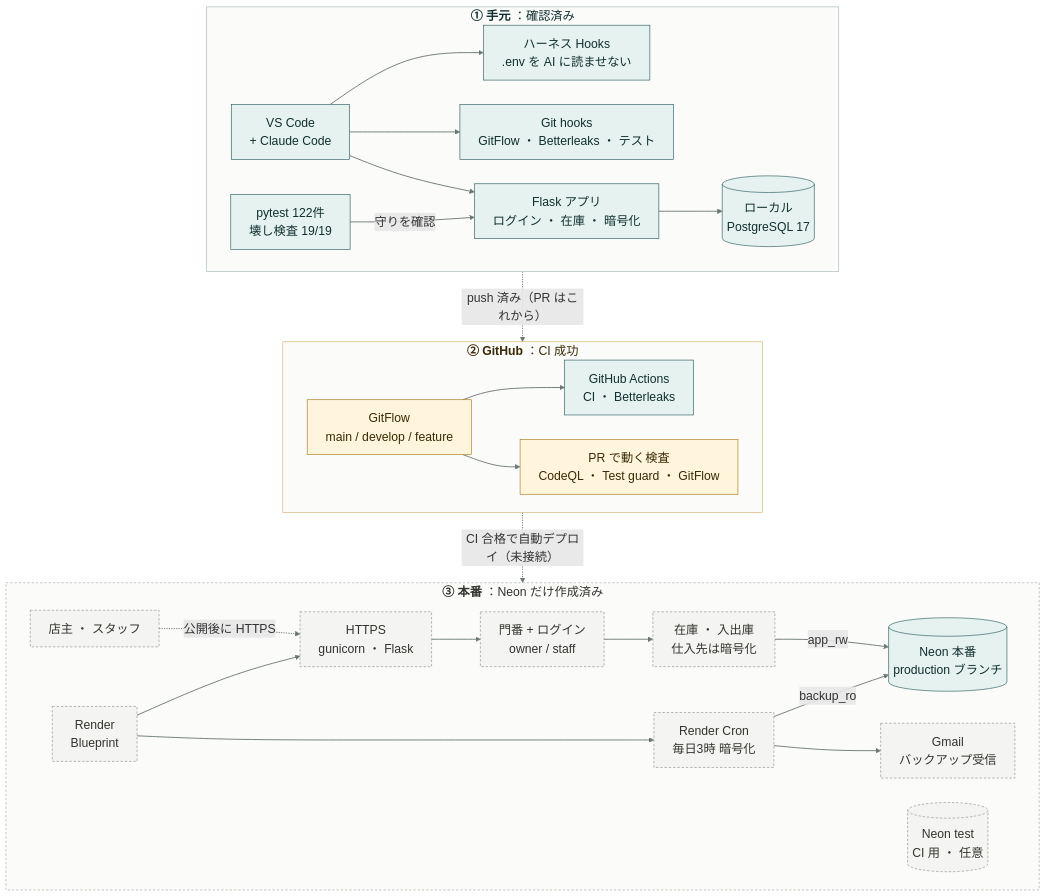
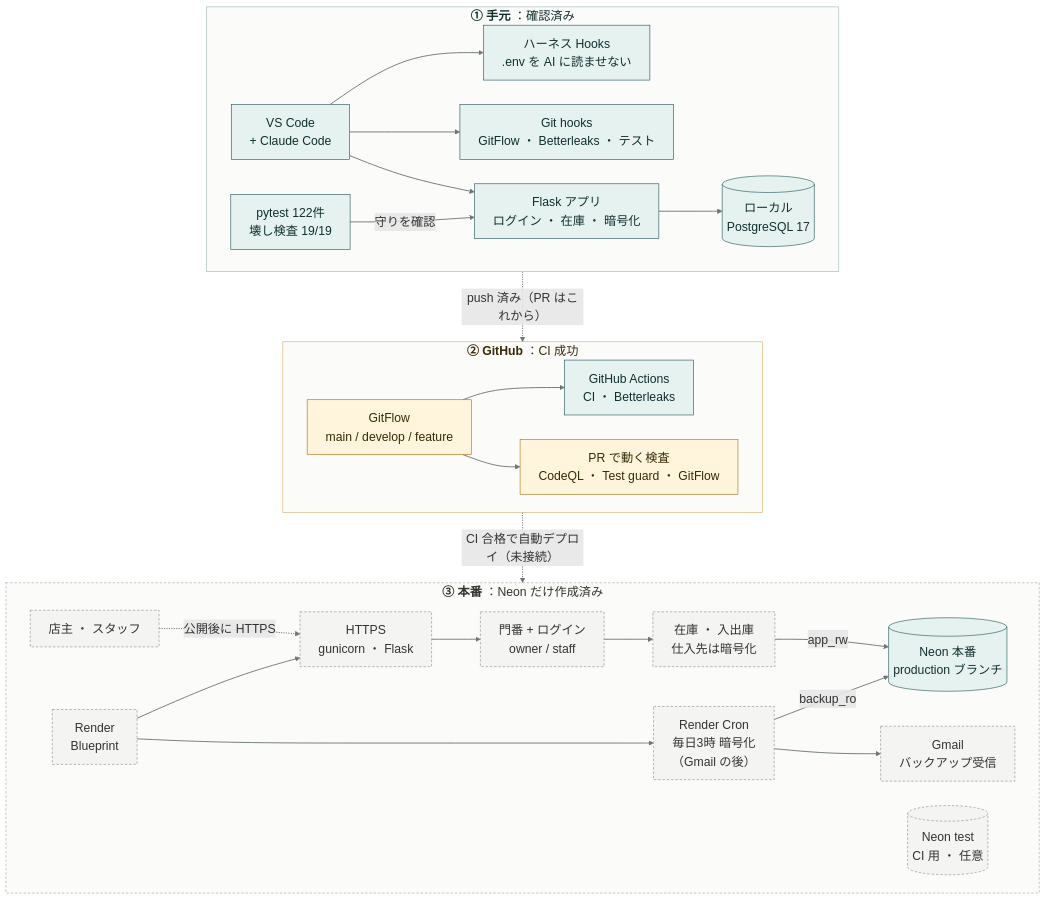
Before and after one commit to AchieveOn/20261103: the first of 2 diagrams in docs/ARCHITECTURE.md, drawn with Mermaid. The commit also changed other lines of this file and 4 other files, not shown here.

First line of the commit message:
chore(render): web を free に・Cron は Gmail の後まで外す

````diff
--- a/docs/ARCHITECTURE.md
+++ b/docs/ARCHITECTURE.md
@@ -28,71 +28,71 @@
 ```mermaid
 ---
 config:
   markdownAutoWrap: false
   flowchart:
     wrappingWidth: 420
     nodeSpacing: 40
     rankSpacing: 55
   themeVariables:
     fontSize: 20px
 ---
 flowchart TB
   %% 喫茶在庫の全体図（状態つき）。docs/ARCHITECTURE.md の「全体図」と同じ内容なので、直すときは両方そろえる
   %% 3段を縦に積み、段の中は左→右。段どうしは段そのものを矢印でつなぐ（中の向き LR を保つため）
   classDef done fill:#e6f2ef,stroke:#23565a,color:#10302f
   classDef ready fill:#fff4dc,stroke:#a8740f,color:#3a2a05
   classDef todo fill:#f4f4f2,stroke:#8a8a85,color:#33332f,stroke-dasharray:4 3
 
   subgraph L["`**① 手元** ：確認済み`"]
     direction LR
     VS["VS Code<br/>+ Claude Code"]
     HK["ハーネス Hooks<br/>.env を AI に読ませない"]
     GHK["Git hooks<br/>GitFlow ・ Betterleaks ・ テスト"]
     TST["pytest 122件<br/>壊し検査 19/19"]
     APP["Flask アプリ<br/>ログイン ・ 在庫 ・ 暗号化"]
     LDB[("ローカル<br/>PostgreSQL 17")]
     VS --> HK
     VS --> GHK
     VS --> APP --> LDB
     TST -->|守りを確認| APP
   end
 
   subgraph G["`**② GitHub** ：CI 成功`"]
     direction LR
     GF["GitFlow<br/>main / develop / feature"]
     ACT["GitHub Actions<br/>CI ・ Betterleaks"]
     PRC["PR で動く検査<br/>CodeQL ・ Test guard ・ GitFlow"]
     GF --> ACT
     GF --> PRC
   end
 
   subgraph P["`**③ 本番** ：Neon だけ作成済み`"]
     direction LR
     USR["店主 ・ スタッフ"]
     BP["Render<br/>Blueprint"]
     WEB["HTTPS<br/>gunicorn ・ Flask"]
     AUTH["門番 + ログイン<br/>owner / staff"]
     INV["在庫 ・ 入出庫<br/>仕入先は暗号化"]
     NEON[("Neon 本番<br/>production ブランチ")]
     NT[("Neon test<br/>CI 用 ・ 任意")]
-    CRON["Render Cron<br/>毎日3時 暗号化"]
+    CRON["Render Cron<br/>毎日3時 暗号化<br/>（Gmail の後）"]
     GM["Gmail<br/>バックアップ受信"]
     USR -. 公開後に HTTPS .-> WEB
     BP --> WEB --> AUTH --> INV -->|app_rw| NEON
     BP --> CRON -->|backup_ro| NEON
     CRON --> GM
   end
 
   L -. "push 済み（PR はこれから）" .-> G
   G -. "CI 合格で自動デプロイ（未接続）" .-> P
 
   linkStyle default stroke:#6b7775,stroke-width:1.5px
 
   style L fill:#fbfbf9,stroke:#9fb8b4,color:#10302f
   style G fill:#fbfbf9,stroke:#d2b06a,color:#3a2a05
   style P fill:#fbfbf9,stroke:#a5a5a0,color:#33332f,stroke-dasharray:4 3
 
   class VS,HK,GHK,APP,LDB,TST,ACT,NEON done
   class GF,PRC ready
   class USR,BP,WEB,AUTH,INV,NT,CRON,GM todo
 ```
````
